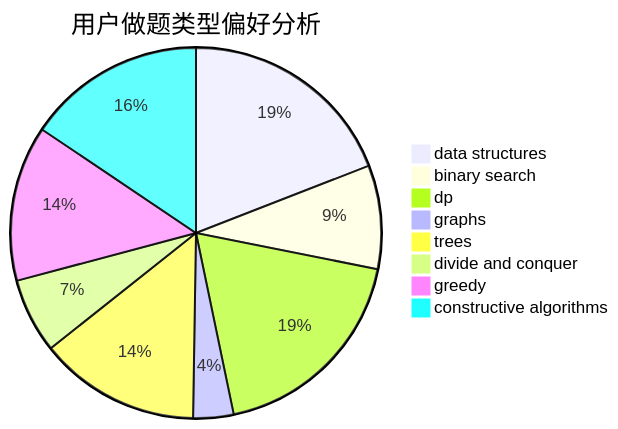
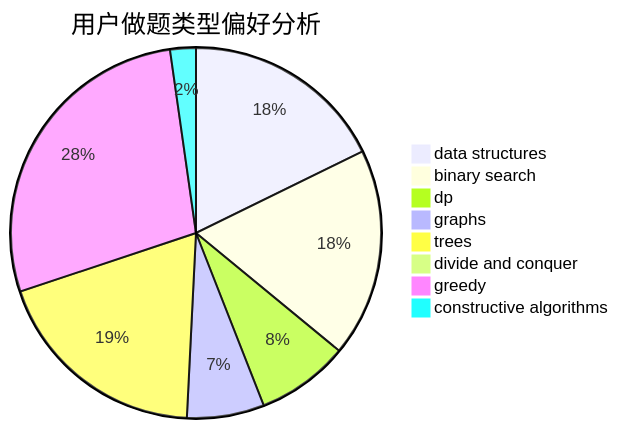
Before and after one commit to sherpahu/cfrs.github.io: the second of 3 diagrams in docs/user/u2333.md, drawn with Mermaid. The commit also changed other lines of this file and 2770 other files, not shown here.

````diff
--- a/docs/user/u2333.md
+++ b/docs/user/u2333.md
@@ -23,11 +23,11 @@
 ```mermaid
 pie title 用户做题类型偏好分析
-    "data structures" :  38
-    "binary search" :  18
-    "dp" :  37
-    "graphs" :  7
-    "trees" :  28
-    "divide and conquer" :  13
-    "greedy" :  27
-    "constructive algorithms" :  31
+    "data structures" :  79
+    "binary search" :  81
+    "dp" :  36
+    "graphs" :  30
+    "trees" :  85
+    "divide and conquer" :  1
+    "greedy" :  124
+    "constructive algorithms" :  10
 ```
````
